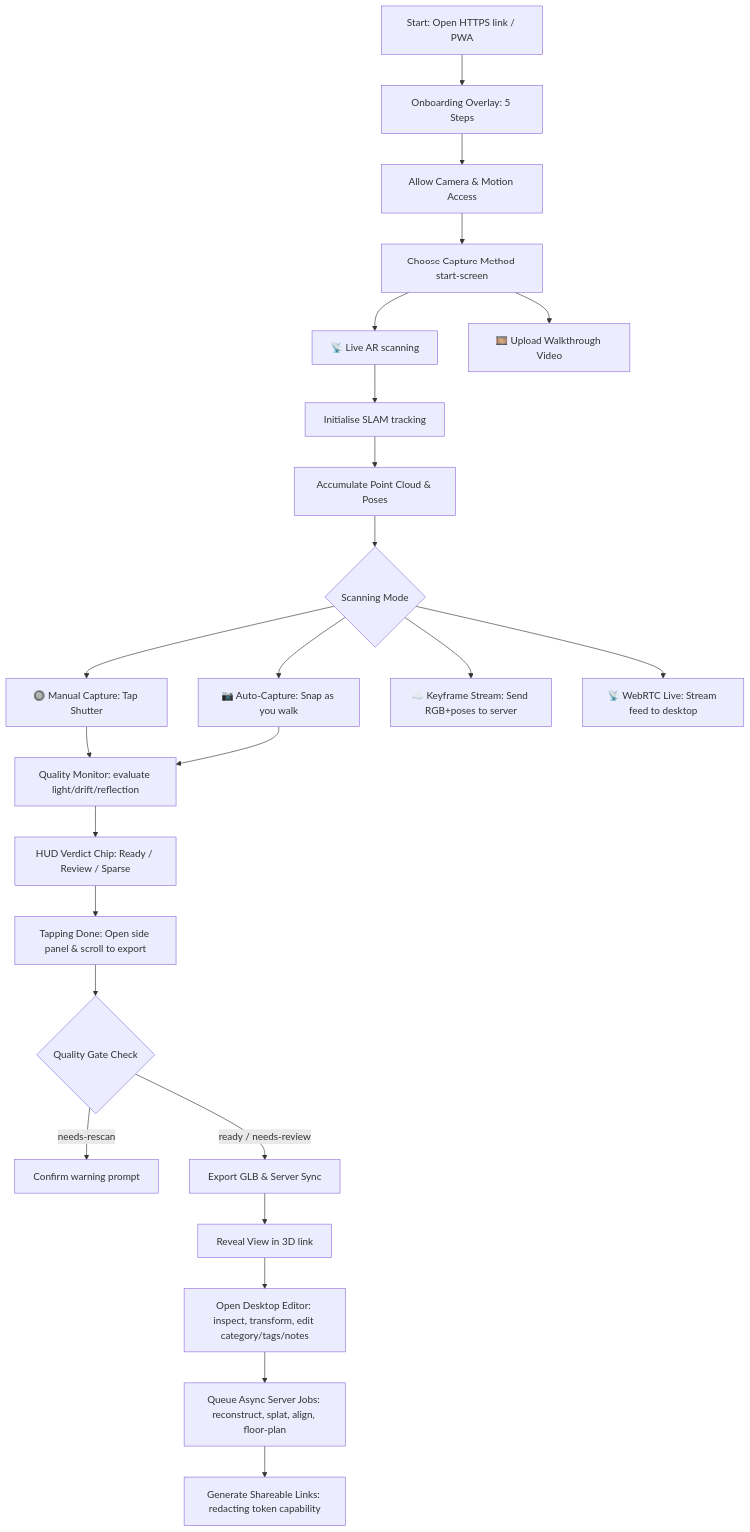
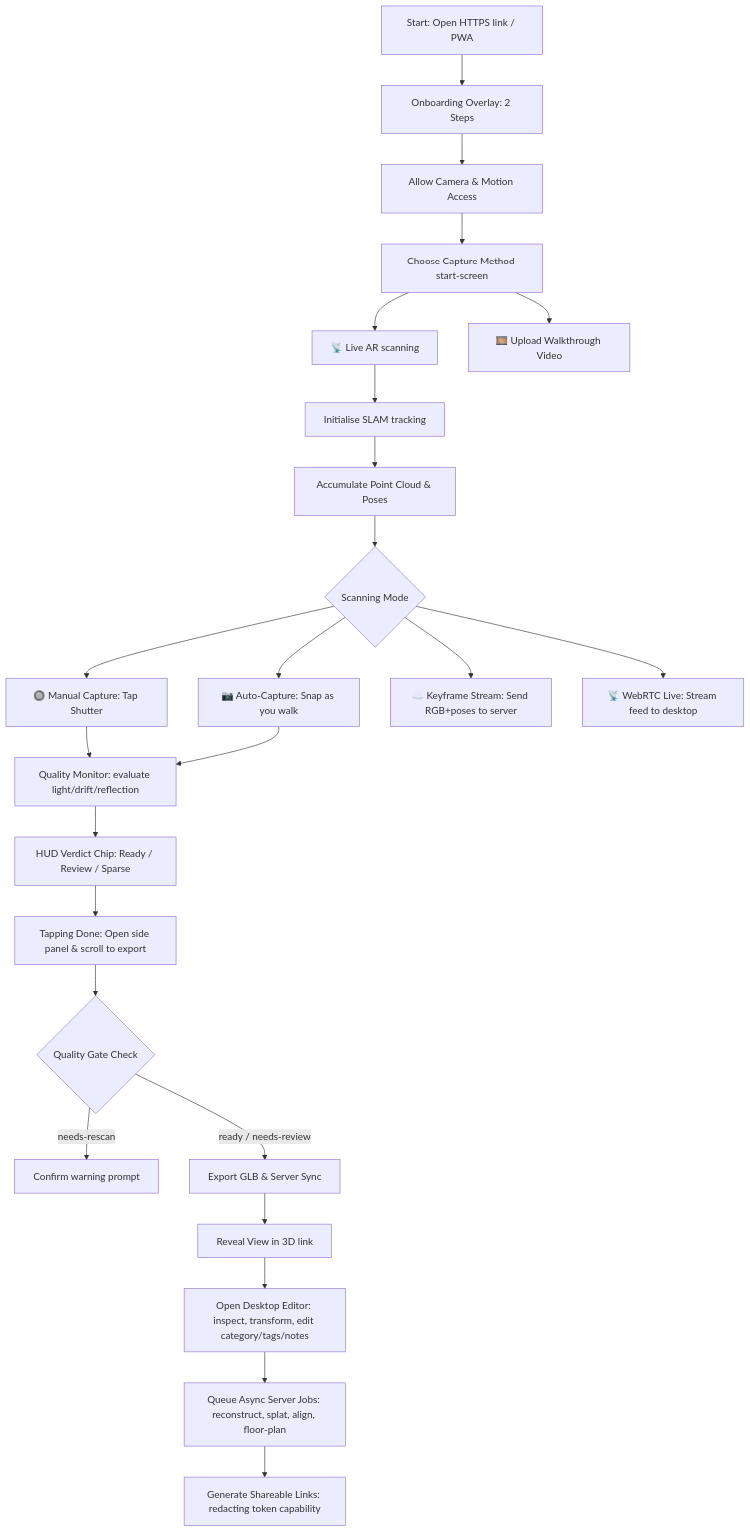
The third of 4 diagrams in README.md (companionintelligence/CI-Spatial), drawn with Mermaid before and after one commit. The commit also changed other lines of this file and 14 other files, not shown here.

````diff
--- a/README.md
+++ b/README.md
@@ -149,27 +149,27 @@
 ```mermaid
 graph TD
-    A[Start: Open HTTPS link / PWA] --> B[Onboarding Overlay: 5 Steps]
+    A[Start: Open HTTPS link / PWA] --> B[Onboarding Overlay: 2 Steps]
     B --> C[Allow Camera & Motion Access]
     C --> D[Choose Capture Method start-screen]
     D --> D1[📡 Live AR scanning]
     D --> D2[🎞️ Upload Walkthrough Video]
     
     D1 --> E[Initialise SLAM tracking]
     E --> F[Accumulate Point Cloud & Poses]
     F --> G{Scanning Mode}
     G --> G1[🔘 Manual Capture: Tap Shutter]
     G --> G2[📷 Auto-Capture: Snap as you walk]
     G --> G3[☁️ Keyframe Stream: Send RGB+poses to server]
     G --> G4[📡 WebRTC Live: Stream feed to desktop]
     
     G1 & G2 --> H[Quality Monitor: evaluate light/drift/reflection]
     H --> I[HUD Verdict Chip: Ready / Review / Sparse]
     I --> J[Tapping Done: Open side panel & scroll to export]
     J --> K{Quality Gate Check}
     K -- needs-rescan --> K1[Confirm warning prompt]
     K -- ready / needs-review --> L[Export GLB & Server Sync]
     L --> M[Reveal View in 3D link]
     M --> N[Open Desktop Editor: inspect, transform, edit category/tags/notes]
     N --> O[Queue Async Server Jobs: reconstruct, splat, align, floor-plan]
     O --> P[Generate Shareable Links: redacting token capability]
 ```
````
